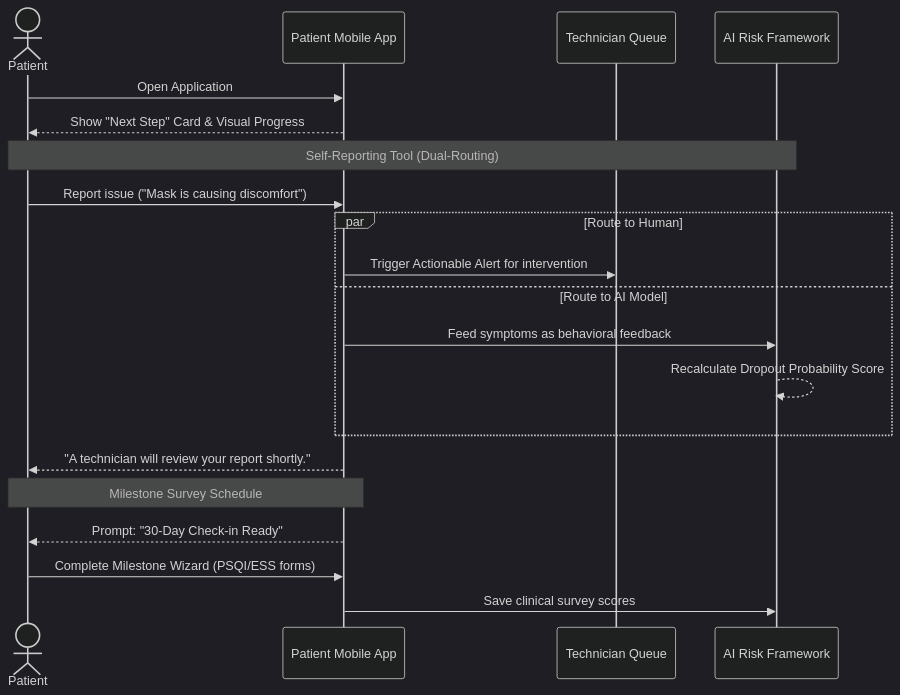
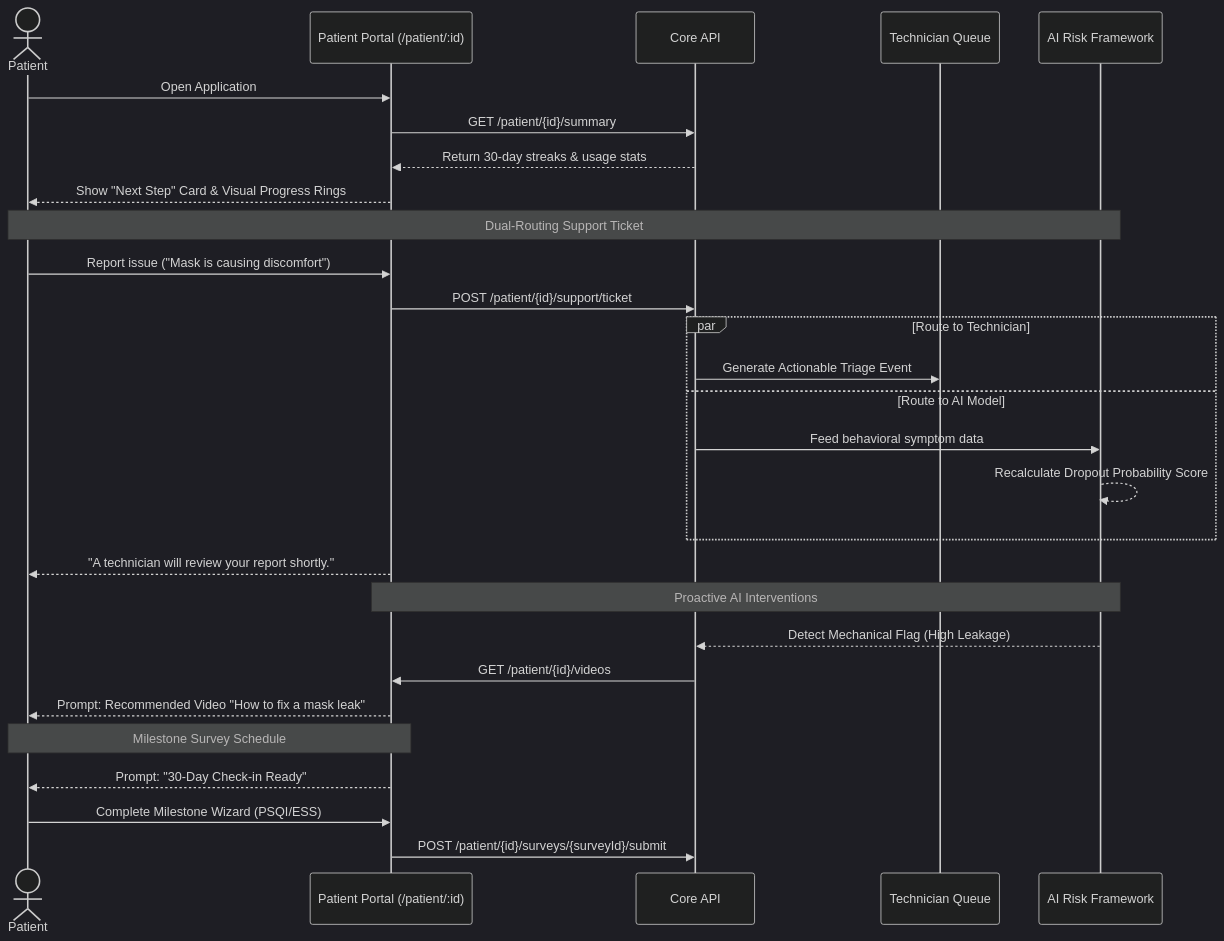
One commit to MOEEZ5922/internship changed the third of 3 diagrams in Dashboarding/diagram.md. Above: the diagram before and after it, drawn with Mermaid (dark theme). The commit also changed other lines of this file and 236 other files, not shown here.

Commit message:
Commit all changes including resources and data files, ignoring large pandoc tool

````diff
--- a/Dashboarding/diagram.md
+++ b/Dashboarding/diagram.md
@@ -60,27 +65,36 @@
 ```mermaid
 sequenceDiagram
     actor Patient
-    participant App as Patient Mobile App
+    participant App as Patient Portal (/patient/:id)
+    participant System as Core API
     participant TechQueue as Technician Queue
     participant AI as AI Risk Framework
 
     Patient->>App: Open Application
-    App-->>Patient: Show "Next Step" Card & Visual Progress
+    App->>System: GET /patient/{id}/summary
+    System-->>App: Return 30-day streaks & usage stats
+    App-->>Patient: Show "Next Step" Card & Visual Progress Rings
 
-    Note over Patient, AI: Self-Reporting Tool (Dual-Routing)
+    Note over Patient, AI: Dual-Routing Support Ticket
     Patient->>App: Report issue ("Mask is causing discomfort")
+    App->>System: POST /patient/{id}/support/ticket
     
-    par Route to Human
-        App->>TechQueue: Trigger Actionable Alert for intervention
+    par Route to Technician
+        System->>TechQueue: Generate Actionable Triage Event
     and Route to AI Model
-        App->>AI: Feed symptoms as behavioral feedback
+        System->>AI: Feed behavioral symptom data
         AI-->>AI: Recalculate Dropout Probability Score
     end
 
     App-->>Patient: "A technician will review your report shortly."
 
+    Note over AI, App: Proactive AI Interventions
+    AI-->>System: Detect Mechanical Flag (High Leakage)
+    System->>App: GET /patient/{id}/videos
+    App-->>Patient: Prompt: Recommended Video "How to fix a mask leak"
+
     Note over Patient, App: Milestone Survey Schedule
     App-->>Patient: Prompt: "30-Day Check-in Ready"
-    Patient->>App: Complete Milestone Wizard (PSQI/ESS forms)
-    App->>AI: Save clinical survey scores
+    Patient->>App: Complete Milestone Wizard (PSQI/ESS)
+    App->>System: POST /patient/{id}/surveys/{surveyId}/submit
 ```
````
